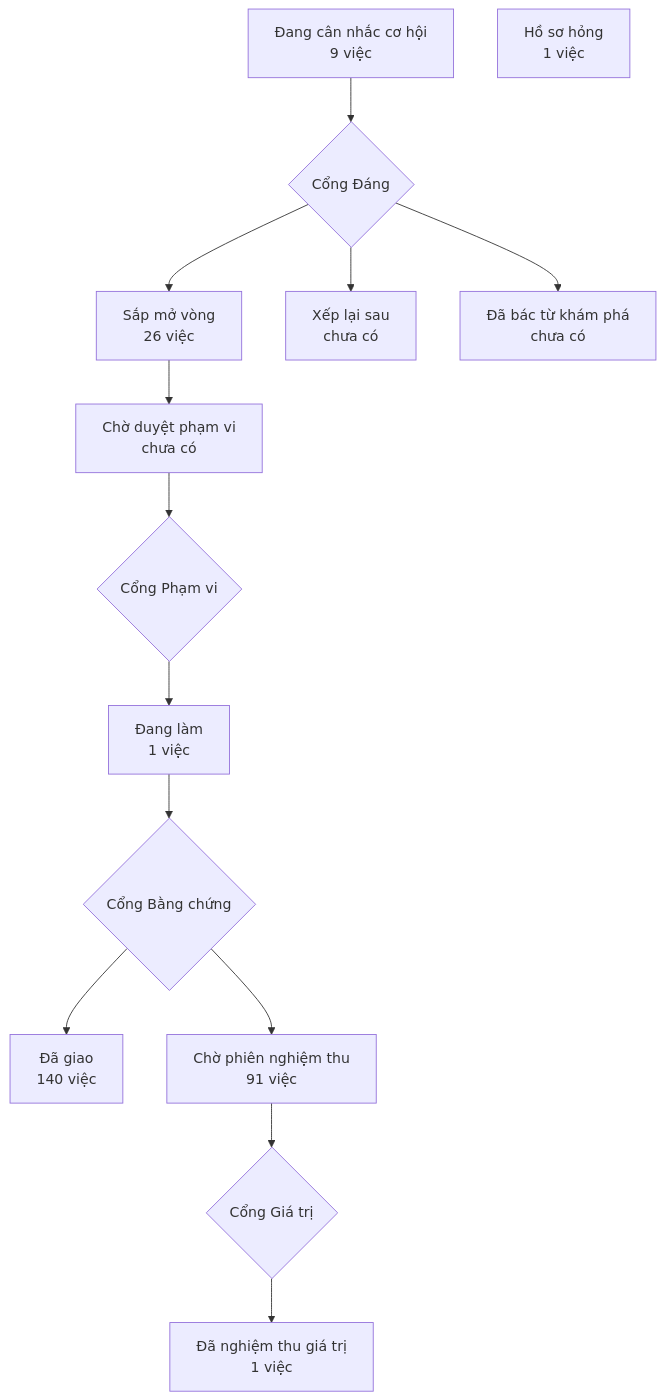
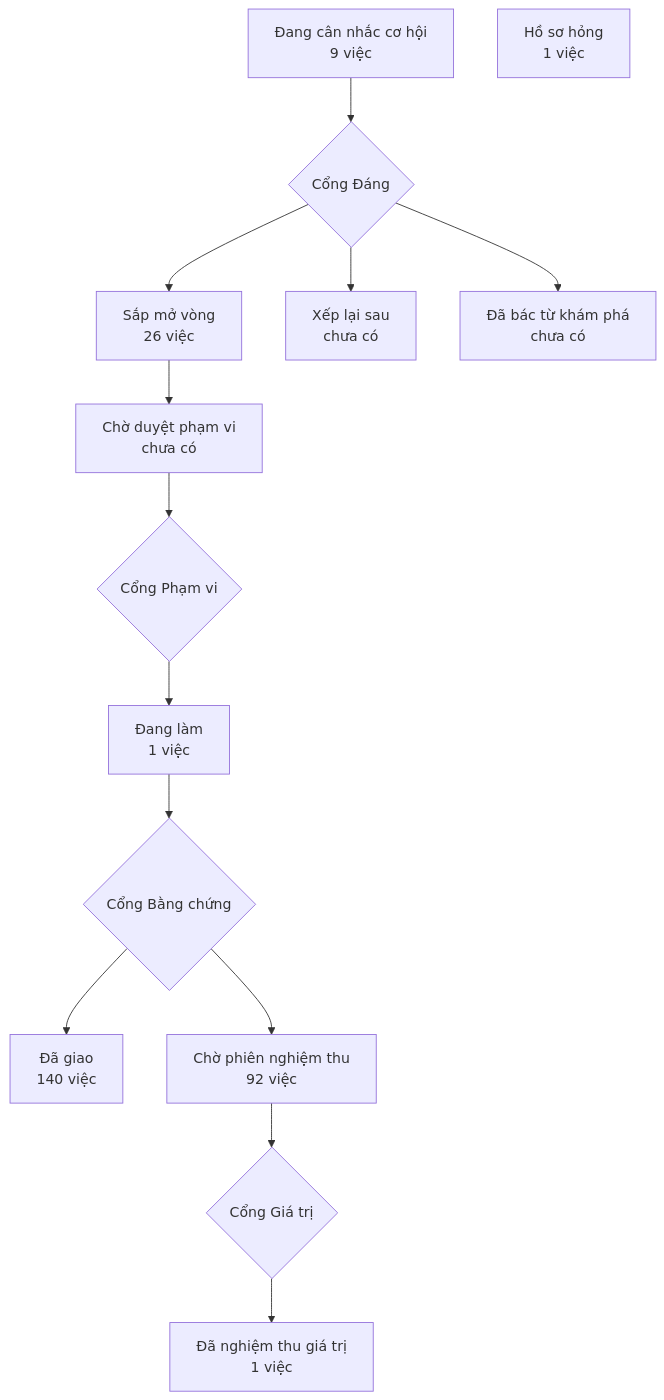
One commit to phanlemanh/crm-onehub changed the diagram in PRODUCT-MAP.md. Above: the diagram before and after it, drawn with Mermaid. The commit also changed 1 other file, not shown here.

Commit message:
chore: vẽ lại bản đồ sản phẩm trên cây sạch sau khi gộp onehub (L2)

````diff
--- a/PRODUCT-MAP.md
+++ b/PRODUCT-MAP.md
@@ -7,13 +7,13 @@
 ```mermaid
 flowchart TD
   A["Đang cân nhắc cơ hội<br/>9 việc"] --> GD{"Cổng Đáng"}
   GD --> B["Sắp mở vòng<br/>26 việc"]
   GD --> XL["Xếp lại sau<br/>chưa có"]
   GD --> DB["Đã bác từ khám phá<br/>chưa có"]
   B --> CD["Chờ duyệt phạm vi<br/>chưa có"] --> GP{"Cổng Phạm vi"}
   GP --> DL["Đang làm<br/>1 việc"] --> GB{"Cổng Bằng chứng"}
   GB --> DG["Đã giao<br/>140 việc"]
-  GB --> CN["Chờ phiên nghiệm thu<br/>91 việc"] --> GG{"Cổng Giá trị"}
+  GB --> CN["Chờ phiên nghiệm thu<br/>92 việc"] --> GG{"Cổng Giá trị"}
   GG --> NT["Đã nghiệm thu giá trị<br/>1 việc"]
   HS["Hồ sơ hỏng<br/>1 việc"]
 ```
````
